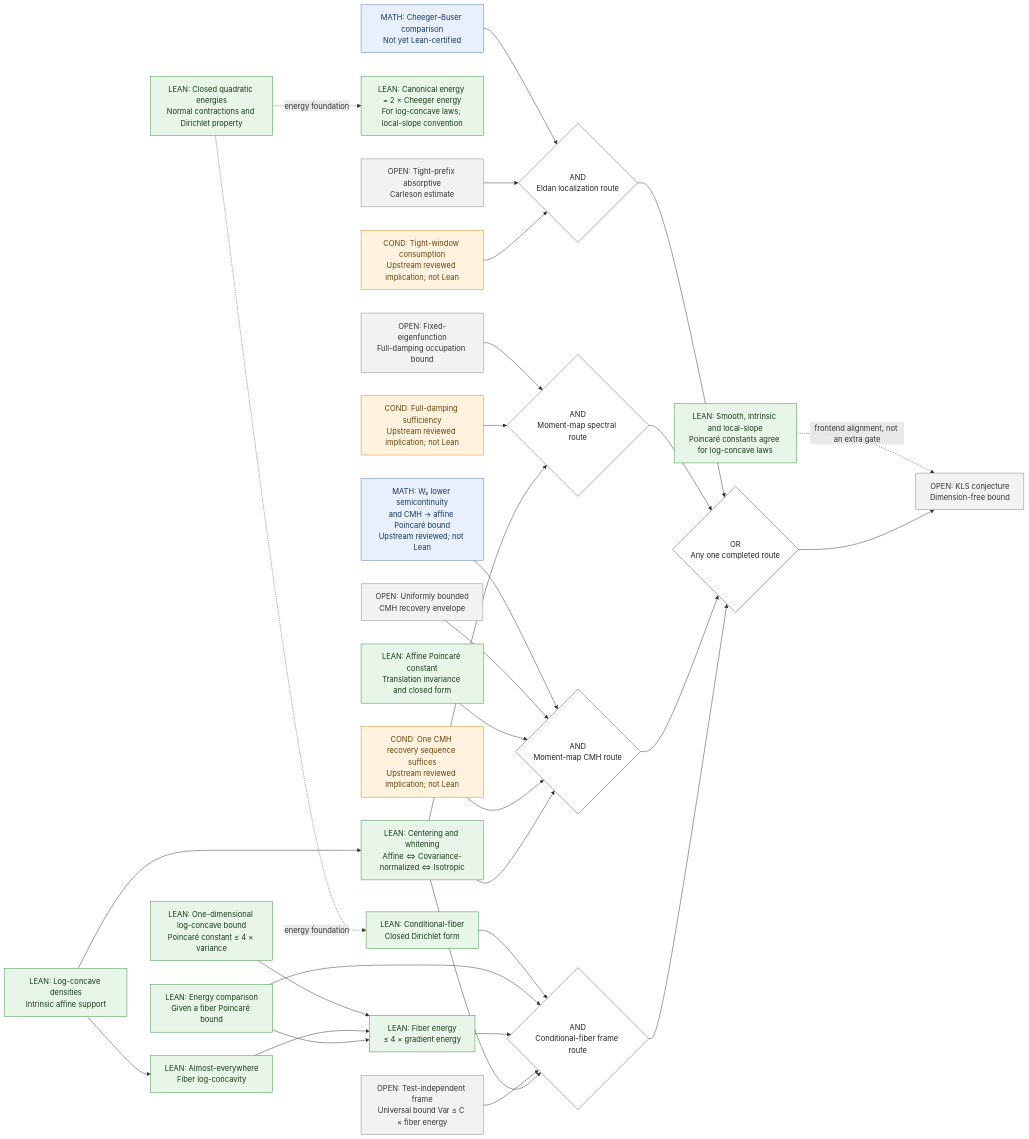
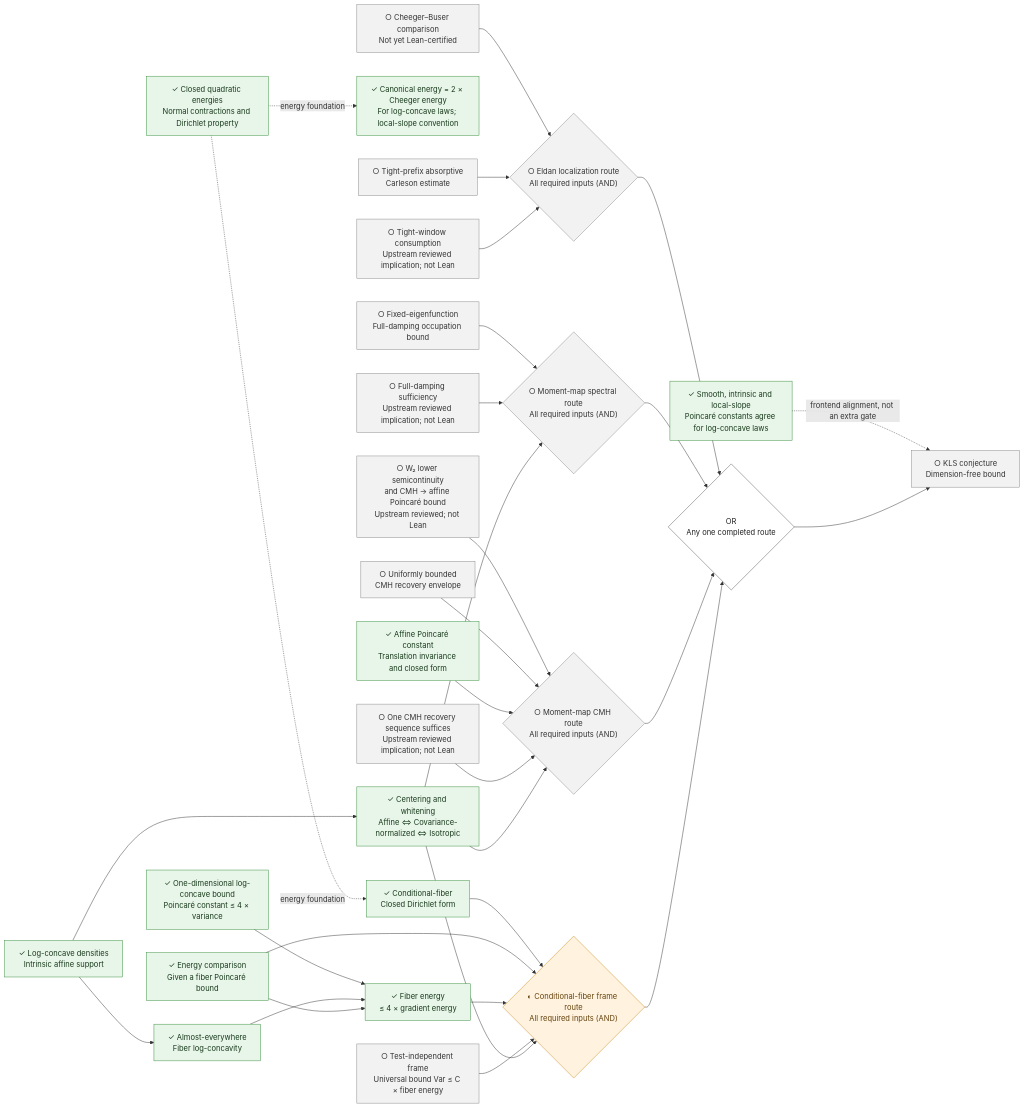
Before and after one commit to human-ai-mathematics/kls-lean: the first of 2 diagrams in README.md, drawn with Mermaid. The commit also changed other lines of this file and 1 other file, not shown here.

Commit message:
docs: restore proof progress symbols across KLS route diagrams

````diff
--- a/README.md
+++ b/README.md
@@ -55,31 +53,31 @@
 ```mermaid
 flowchart LR
-    KLS["OPEN: KLS conjecture<br/>Dimension-free bound"]
+    KLS["○ KLS conjecture<br/>Dimension-free bound"]
     ANY{"OR<br/>Any one completed route"}
-    DENS["LEAN: Log-concave densities<br/>Intrinsic affine support"]
-    NORM["LEAN: Centering and whitening<br/>Affine ⇔ Covariance-normalized ⇔ Isotropic"]
-    FORMS["LEAN: Closed quadratic energies<br/>Normal contractions and Dirichlet property"]
-    ENERGY["LEAN: Canonical energy = 2 × Cheeger energy<br/>For log-concave laws; local-slope convention"]
-    CONST["LEAN: Smooth, intrinsic and local-slope<br/>Poincaré constants agree for log-concave laws"]
-    CB["MATH: Cheeger–Buser comparison<br/>Not yet Lean-certified"]
-    EG["OPEN: Tight-prefix absorptive<br/>Carleson estimate"]
-    EC["COND: Tight-window consumption<br/>Upstream reviewed implication; not Lean"]
-    EAND{"AND<br/>Eldan localization route"}
-    SG["OPEN: Fixed-eigenfunction<br/>Full-damping occupation bound"]
-    SC["COND: Full-damping sufficiency<br/>Upstream reviewed implication; not Lean"]
-    SAND{"AND<br/>Moment-map spectral route"}
-    MH["MATH: W₂ lower semicontinuity<br/>and CMH → affine Poincaré bound<br/>Upstream reviewed; not Lean"]
-    MG["OPEN: Uniformly bounded<br/>CMH recovery envelope"]
-    MT["LEAN: Affine Poincaré constant<br/>Translation invariance and closed form"]
-    MC["COND: One CMH recovery sequence suffices<br/>Upstream reviewed implication; not Lean"]
-    MAND{"AND<br/>Moment-map CMH route"}
-    FC["LEAN: Conditional-fiber<br/>Closed Dirichlet form"]
-    ONE["LEAN: One-dimensional log-concave bound<br/>Poincaré constant ≤ 4 × variance"]
-    FLOG["LEAN: Almost-everywhere<br/>Fiber log-concavity"]
-    FP["LEAN: Energy comparison<br/>Given a fiber Poincaré bound"]
-    F4["LEAN: Fiber energy<br/>≤ 4 × gradient energy"]
-    FG["OPEN: Test-independent frame<br/>Universal bound Var ≤ C × fiber energy"]
-    FAND{"AND<br/>Conditional-fiber frame route"}
+    DENS["✓ Log-concave densities<br/>Intrinsic affine support"]
+    NORM["✓ Centering and whitening<br/>Affine ⇔ Covariance-normalized ⇔ Isotropic"]
+    FORMS["✓ Closed quadratic energies<br/>Normal contractions and Dirichlet property"]
+    ENERGY["✓ Canonical energy = 2 × Cheeger energy<br/>For log-concave laws; local-slope convention"]
+    CONST["✓ Smooth, intrinsic and local-slope<br/>Poincaré constants agree for log-concave laws"]
+    CB["○ Cheeger–Buser comparison<br/>Not yet Lean-certified"]
+    EG["○ Tight-prefix absorptive<br/>Carleson estimate"]
+    EC["○ Tight-window consumption<br/>Upstream reviewed implication; not Lean"]
+    EAND{"○ Eldan localization route<br/>All required inputs (AND)"}
+    SG["○ Fixed-eigenfunction<br/>Full-damping occupation bound"]
+    SC["○ Full-damping sufficiency<br/>Upstream reviewed implication; not Lean"]
+    SAND{"○ Moment-map spectral route<br/>All required inputs (AND)"}
+    MH["○ W₂ lower semicontinuity<br/>and CMH → affine Poincaré bound<br/>Upstream reviewed; not Lean"]
+    MG["○ Uniformly bounded<br/>CMH recovery envelope"]
+    MT["✓ Affine Poincaré constant<br/>Translation invariance and closed form"]
+    MC["○ One CMH recovery sequence suffices<br/>Upstream reviewed implication; not Lean"]
+    MAND{"○ Moment-map CMH route<br/>All required inputs (AND)"}
+    FC["✓ Conditional-fiber<br/>Closed Dirichlet form"]
+    ONE["✓ One-dimensional log-concave bound<br/>Poincaré constant ≤ 4 × variance"]
+    FLOG["✓ Almost-everywhere<br/>Fiber log-concavity"]
+    FP["✓ Energy comparison<br/>Given a fiber Poincaré bound"]
+    F4["✓ Fiber energy<br/>≤ 4 × gradient energy"]
+    FG["○ Test-independent frame<br/>Universal bound Var ≤ C × fiber energy"]
+    FAND{"◐ Conditional-fiber frame route<br/>All required inputs (AND)"}
 
     DENS --> NORM
     DENS --> FLOG
@@ -111,41 +109,42 @@
     FAND --> ANY
     ANY --> KLS
 
-    classDef lean fill:#e8f5e9,stroke:#388e3c,color:#183b1c;
-    classDef math fill:#e8f0fe,stroke:#5078b8,color:#18355c;
-    classDef conditional fill:#fff3df,stroke:#c88719,color:#66420d;
-    classDef open fill:#f2f2f2,stroke:#888,color:#333;
+    classDef done fill:#e8f5e9,stroke:#388e3c,color:#183b1c;
+    classDef partial fill:#fff3df,stroke:#c88719,color:#66420d;
+    classDef todo fill:#f2f2f2,stroke:#888,color:#333;
     classDef focus fill:#fff0dc,stroke:#d47b13,color:#663800,stroke-width:3px;
     classDef logic fill:#ffffff,stroke:#555,color:#222;
-    class DENS,NORM,FORMS,ENERGY,CONST,MT,FC,ONE,FLOG,FP,F4 lean;
-    class CB,MH math;
-    class EC,SC,MC conditional;
-    class KLS,EG,SG,MG,FG open;
-    class ANY,EAND,SAND,MAND,FAND logic;
-    click KLS href "https://github.com/numina-functional-inequalities/kls-lean/blob/main/formalization/FunctionalInequalities/KLS/Statement.lean" "OPEN: KLS conjecture — Dimension-free bound" _blank
+    class DENS,NORM,FORMS,ENERGY,CONST,MT,FC,ONE,FLOG,FP,F4 done;
+    class CB,MH todo;
+    class EC,SC,MC todo;
+    class KLS,EG,SG,MG,FG todo;
+    class ANY logic;
+    class EAND,SAND,MAND todo;
+    class FAND partial;
+    click KLS href "https://github.com/numina-functional-inequalities/kls-lean/blob/main/formalization/FunctionalInequalities/KLS/Statement.lean" "○ KLS conjecture — Dimension-free bound" _blank
     click ANY href "https://github.com/numina-functional-inequalities/kls-lean/blob/main/formalization/blueprint/route-composition.yaml" "OR — Any one completed route" _blank
-    click DENS href "https://github.com/numina-functional-inequalities/kls-lean/blob/main/formalization/FunctionalInequalities/KLS/LogConcave/BorellRepresentation.lean" "LEAN: Log-concave densities — Intrinsic affine support" _blank
-    click NORM href "https://github.com/numina-functional-inequalities/kls-lean/blob/main/formalization/FunctionalInequalities/KLS/LogConcave/Isotropic.lean" "LEAN: Centering and whitening — Affine ⇔ Covariance-normalized ⇔ Isotropic" _blank
-    click FORMS href "https://github.com/numina-functional-inequalities/kls-lean/blob/main/formalization/FunctionalInequalities/Energy/SmoothGradient/Dirichlet.lean" "LEAN: Closed quadratic energies — Normal contractions and Dirichlet property" _blank
-    click ENERGY href "https://github.com/numina-functional-inequalities/kls-lean/blob/main/formalization/FunctionalInequalities/Energy/Cheeger.lean" "LEAN: Canonical energy = 2 × Cheeger energy — For log-concave laws; local-slope convention" _blank
-    click CONST href "https://github.com/numina-functional-inequalities/kls-lean/blob/main/formalization/FunctionalInequalities/KLS/LogConcave/Poincare.lean" "LEAN: Smooth, intrinsic and local-slope — Poincaré constants agree for log-concave laws" _blank
-    click CB href "https://github.com/numina-functional-inequalities/kls-lean/blob/main/formalization/blueprint/src/chapters/45-shared-analytic-bridges.tex" "MATH: Cheeger–Buser comparison — Not yet Lean-certified" _blank
-    click EG href "https://github.com/numina-functional-inequalities/kls-lean/blob/main/formalization/blueprint/src/chapters/50-kls-routes.tex" "OPEN: Tight-prefix absorptive — Carleson estimate" _blank
-    click EC href "https://github.com/numina-functional-inequalities/kls-lean/blob/main/formalization/blueprint/src/chapters/50-kls-routes.tex" "COND: Tight-window consumption — Upstream reviewed implication; not Lean" _blank
-    click EAND href "https://github.com/numina-functional-inequalities/kls-lean/blob/main/formalization/blueprint/route-composition.yaml" "AND — Eldan localization route" _blank
-    click SG href "https://github.com/numina-functional-inequalities/kls-lean/blob/main/formalization/blueprint/src/chapters/50-kls-routes.tex" "OPEN: Fixed-eigenfunction — Full-damping occupation bound" _blank
-    click SC href "https://github.com/numina-functional-inequalities/kls-lean/blob/main/formalization/blueprint/src/chapters/50-kls-routes.tex" "COND: Full-damping sufficiency — Upstream reviewed implication; not Lean" _blank
-    click SAND href "https://github.com/numina-functional-inequalities/kls-lean/blob/main/formalization/blueprint/route-composition.yaml" "AND — Moment-map spectral route" _blank
-    click MH href "https://github.com/numina-functional-inequalities/kls-lean/blob/main/formalization/blueprint/src/chapters/50-kls-routes.tex" "MATH: W₂ lower semicontinuity — and CMH → affine Poincaré bound — Upstream reviewed; not Lean" _blank
-    click MG href "https://github.com/numina-functional-inequalities/kls-lean/blob/main/formalization/blueprint/src/chapters/50-kls-routes.tex" "OPEN: Uniformly bounded — CMH recovery envelope" _blank
-    click MT href "https://github.com/numina-functional-inequalities/kls-lean/blob/main/formalization/FunctionalInequalities/Poincare/CovarianceGradient/Translation.lean" "LEAN: Affine Poincaré constant — Translation invariance and closed form" _blank
-    click MC href "https://github.com/numina-functional-inequalities/kls-lean/blob/main/formalization/blueprint/src/chapters/50-kls-routes.tex" "COND: One CMH recovery sequence suffices — Upstream reviewed implication; not Lean" _blank
-    click MAND href "https://github.com/numina-functional-inequalities/kls-lean/blob/main/formalization/blueprint/route-composition.yaml" "AND — Moment-map CMH route" _blank
-    click FC href "https://github.com/numina-functional-inequalities/kls-lean/blob/main/formalization/FunctionalInequalities/KLS/ConditionalFiber/Closed.lean" "LEAN: Conditional-fiber — Closed Dirichlet form" _blank
-    click ONE href "https://github.com/numina-functional-inequalities/kls-lean/blob/main/formalization/FunctionalInequalities/KLS/LogConcave/Line/SharpPoincare.lean" "LEAN: One-dimensional log-concave bound — Poincaré constant ≤ 4 × variance" _blank
-    click FLOG href "https://github.com/numina-functional-inequalities/kls-lean/blob/main/formalization/FunctionalInequalities/KLS/LogConcave/ConditionalFiber.lean" "LEAN: Almost-everywhere — Fiber log-concavity" _blank
-    click FP href "https://github.com/numina-functional-inequalities/kls-lean/blob/main/formalization/FunctionalInequalities/KLS/ConditionalFiber/EnergyComparison.lean" "LEAN: Energy comparison — Given a fiber Poincaré bound" _blank
-    click F4 href "https://github.com/numina-functional-inequalities/kls-lean/blob/main/formalization/FunctionalInequalities/KLS/LogConcave/ConditionalFiber.lean" "LEAN: Fiber energy — ≤ 4 × gradient energy" _blank
-    click FG href "https://github.com/numina-functional-inequalities/kls-lean/blob/main/formalization/blueprint/src/chapters/50-kls-routes.tex" "OPEN: Test-independent frame — Universal bound Var ≤ C × fiber energy" _blank
-    click FAND href "https://github.com/numina-functional-inequalities/kls-lean/blob/main/formalization/blueprint/route-composition.yaml" "AND — Conditional-fiber frame route" _blank
+    click DENS href "https://github.com/numina-functional-inequalities/kls-lean/blob/main/formalization/FunctionalInequalities/KLS/LogConcave/BorellRepresentation.lean" "✓ Log-concave densities — Intrinsic affine support" _blank
+    click NORM href "https://github.com/numina-functional-inequalities/kls-lean/blob/main/formalization/FunctionalInequalities/KLS/LogConcave/Isotropic.lean" "✓ Centering and whitening — Affine ⇔ Covariance-normalized ⇔ Isotropic" _blank
+    click FORMS href "https://github.com/numina-functional-inequalities/kls-lean/blob/main/formalization/FunctionalInequalities/Energy/SmoothGradient/Dirichlet.lean" "✓ Closed quadratic energies — Normal contractions and Dirichlet property" _blank
+    click ENERGY href "https://github.com/numina-functional-inequalities/kls-lean/blob/main/formalization/FunctionalInequalities/Energy/Cheeger.lean" "✓ Canonical energy = 2 × Cheeger energy — For log-concave laws; local-slope convention" _blank
+    click CONST href "https://github.com/numina-functional-inequalities/kls-lean/blob/main/formalization/FunctionalInequalities/KLS/LogConcave/Poincare.lean" "✓ Smooth, intrinsic and local-slope — Poincaré constants agree for log-concave laws" _blank
+    click CB href "https://github.com/numina-functional-inequalities/kls-lean/blob/main/formalization/blueprint/src/chapters/45-shared-analytic-bridges.tex" "○ Cheeger–Buser comparison — Not yet Lean-certified" _blank
+    click EG href "https://github.com/numina-functional-inequalities/kls-lean/blob/main/formalization/blueprint/src/chapters/50-kls-routes.tex" "○ Tight-prefix absorptive — Carleson estimate" _blank
+    click EC href "https://github.com/numina-functional-inequalities/kls-lean/blob/main/formalization/blueprint/src/chapters/50-kls-routes.tex" "○ Tight-window consumption — Upstream reviewed implication; not Lean" _blank
+    click EAND href "https://github.com/numina-functional-inequalities/kls-lean/blob/main/formalization/blueprint/route-composition.yaml" "○ Eldan localization route — All required inputs (AND)" _blank
+    click SG href "https://github.com/numina-functional-inequalities/kls-lean/blob/main/formalization/blueprint/src/chapters/50-kls-routes.tex" "○ Fixed-eigenfunction — Full-damping occupation bound" _blank
+    click SC href "https://github.com/numina-functional-inequalities/kls-lean/blob/main/formalization/blueprint/src/chapters/50-kls-routes.tex" "○ Full-damping sufficiency — Upstream reviewed implication; not Lean" _blank
+    click SAND href "https://github.com/numina-functional-inequalities/kls-lean/blob/main/formalization/blueprint/route-composition.yaml" "○ Moment-map spectral route — All required inputs (AND)" _blank
+    click MH href "https://github.com/numina-functional-inequalities/kls-lean/blob/main/formalization/blueprint/src/chapters/50-kls-routes.tex" "○ W₂ lower semicontinuity — and CMH → affine Poincaré bound — Upstream reviewed; not Lean" _blank
+    click MG href "https://github.com/numina-functional-inequalities/kls-lean/blob/main/formalization/blueprint/src/chapters/50-kls-routes.tex" "○ Uniformly bounded — CMH recovery envelope" _blank
+    click MT href "https://github.com/numina-functional-inequalities/kls-lean/blob/main/formalization/FunctionalInequalities/Poincare/CovarianceGradient/Translation.lean" "✓ Affine Poincaré constant — Translation invariance and closed form" _blank
+    click MC href "https://github.com/numina-functional-inequalities/kls-lean/blob/main/formalization/blueprint/src/chapters/50-kls-routes.tex" "○ One CMH recovery sequence suffices — Upstream reviewed implication; not Lean" _blank
+    click MAND href "https://github.com/numina-functional-inequalities/kls-lean/blob/main/formalization/blueprint/route-composition.yaml" "○ Moment-map CMH route — All required inputs (AND)" _blank
+    click FC href "https://github.com/numina-functional-inequalities/kls-lean/blob/main/formalization/FunctionalInequalities/KLS/ConditionalFiber/Closed.lean" "✓ Conditional-fiber — Closed Dirichlet form" _blank
+    click ONE href "https://github.com/numina-functional-inequalities/kls-lean/blob/main/formalization/FunctionalInequalities/KLS/LogConcave/Line/SharpPoincare.lean" "✓ One-dimensional log-concave bound — Poincaré constant ≤ 4 × variance" _blank
+    click FLOG href "https://github.com/numina-functional-inequalities/kls-lean/blob/main/formalization/FunctionalInequalities/KLS/LogConcave/ConditionalFiber.lean" "✓ Almost-everywhere — Fiber log-concavity" _blank
+    click FP href "https://github.com/numina-functional-inequalities/kls-lean/blob/main/formalization/FunctionalInequalities/KLS/ConditionalFiber/EnergyComparison.lean" "✓ Energy comparison — Given a fiber Poincaré bound" _blank
+    click F4 href "https://github.com/numina-functional-inequalities/kls-lean/blob/main/formalization/FunctionalInequalities/KLS/LogConcave/ConditionalFiber.lean" "✓ Fiber energy — ≤ 4 × gradient energy" _blank
+    click FG href "https://github.com/numina-functional-inequalities/kls-lean/blob/main/formalization/blueprint/src/chapters/50-kls-routes.tex" "○ Test-independent frame — Universal bound Var ≤ C × fiber energy" _blank
+    click FAND href "https://github.com/numina-functional-inequalities/kls-lean/blob/main/formalization/blueprint/route-composition.yaml" "◐ Conditional-fiber frame route — All required inputs (AND)" _blank
 ```
````
